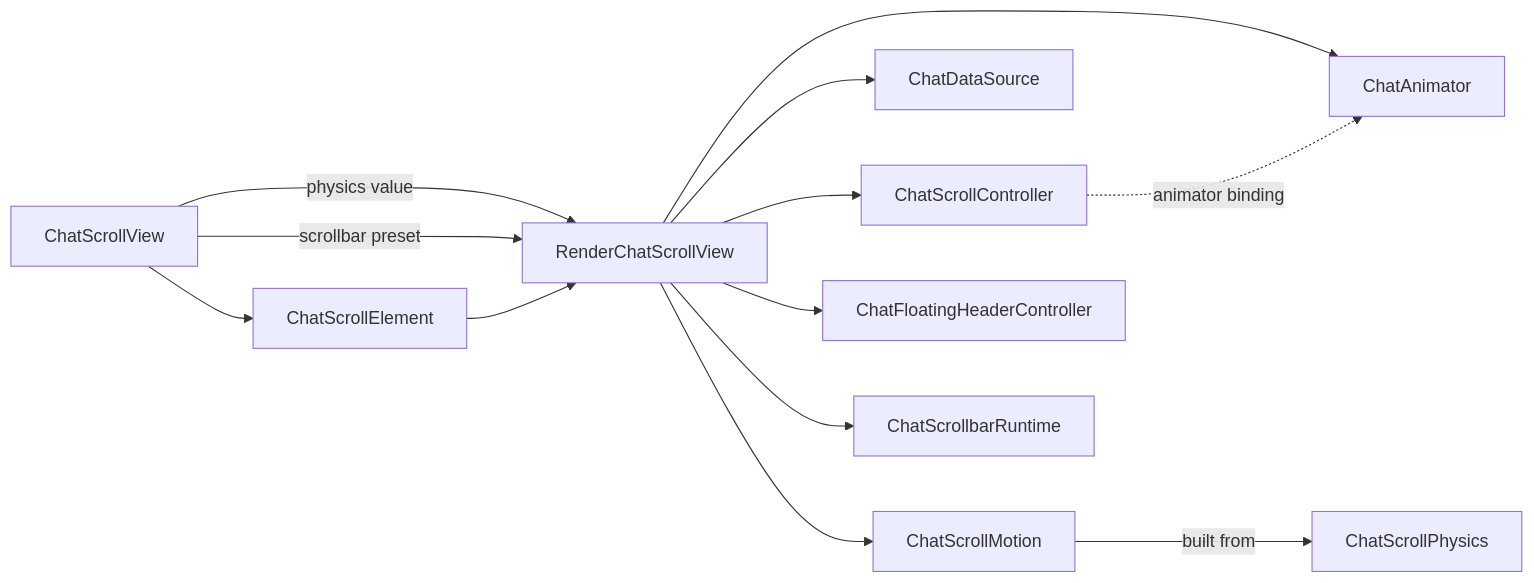
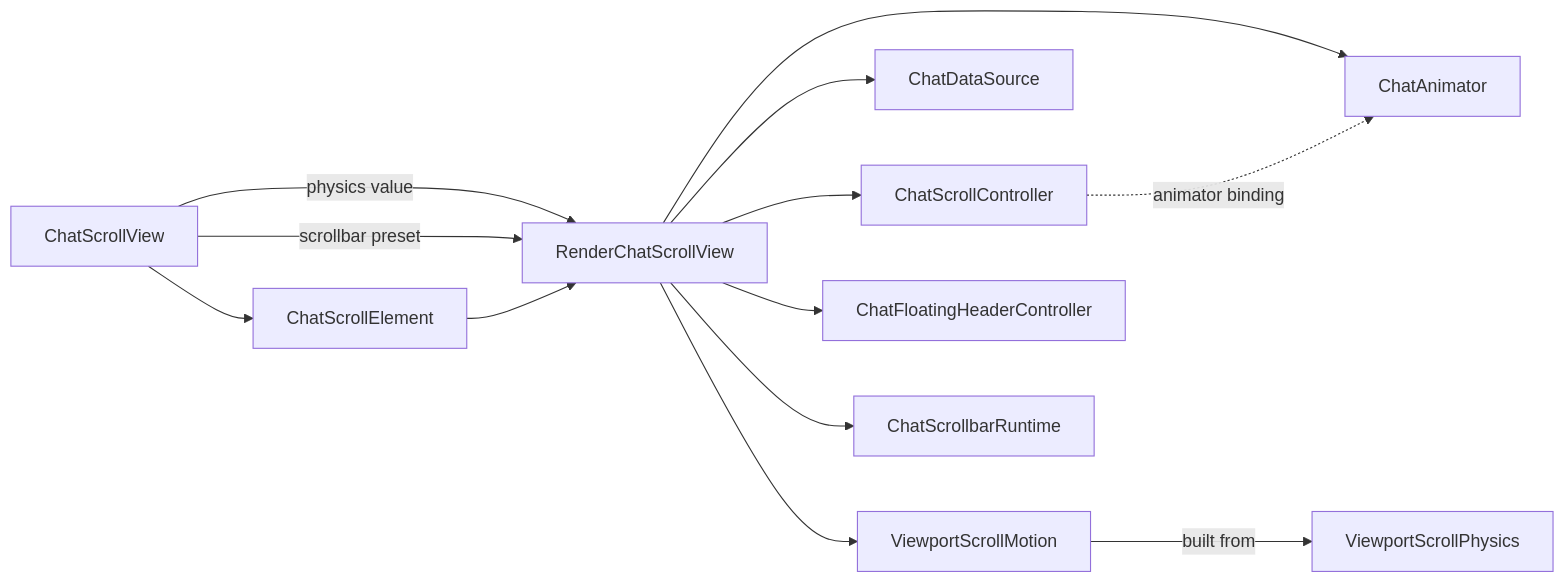
The diagram in docs/architecture/03-layers.md (itsezlife/chat_scroll_view), drawn with Mermaid before and after one commit. The commit also changed other lines of this file and 28 other files, not shown here.

First line of the commit message:
218: the scroll physics move to a viewport_scroll leaf

````diff
--- a/docs/architecture/03-layers.md
+++ b/docs/architecture/03-layers.md
@@ -42,26 +42,26 @@
 ```mermaid
 flowchart LR
   Widget[ChatScrollView]
   Element[ChatScrollElement]
   Render[RenderChatScrollView]
   Ctrl[ChatScrollController]
   DS[ChatDataSource]
   Anim[ChatAnimator]
-  Phys[ChatScrollPhysics]
-  Motion[ChatScrollMotion]
+  Phys[ViewportScrollPhysics]
+  Motion[ViewportScrollMotion]
   FH[ChatFloatingHeaderController]
   Bar[ChatScrollbarRuntime]
 
   Widget --> Element
   Widget -->|physics value| Render
   Widget -->|scrollbar preset| Render
   Render --> Bar
   Element --> Render
   Render --> Ctrl
   Render --> DS
   Render --> Anim
   Render --> Motion
   Motion -->|built from| Phys
   Render --> FH
   Ctrl -.->|animator binding| Anim
 ```
````
